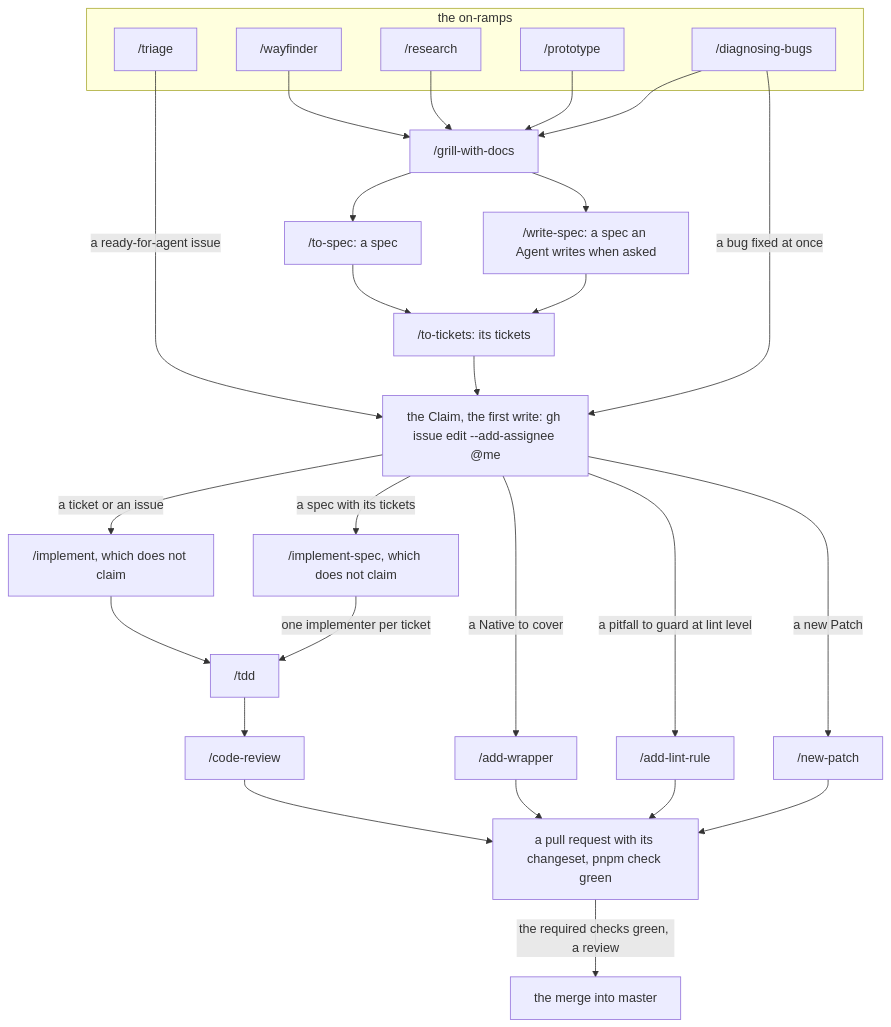
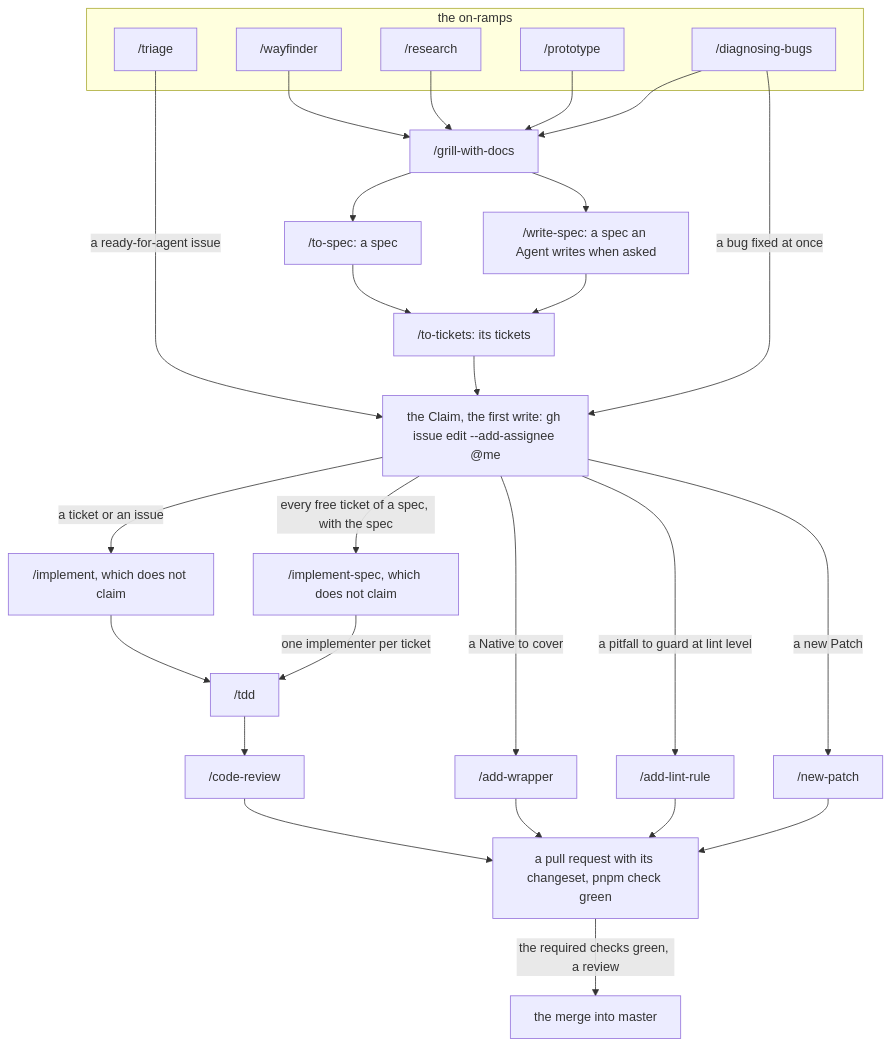
One commit to phmilk/reforged-ts changed the diagram in docs/agents/development-loop.md. Above: the diagram before and after it, drawn with Mermaid. The commit also changed other lines of this file and 8 other files, not shown here.

````diff
--- a/docs/agents/development-loop.md
+++ b/docs/agents/development-loop.md
@@ -76,51 +76,51 @@
 ```mermaid
 flowchart TD
   %% diagram: development-loop
   %% covers: skills
   subgraph on_ramps["the on-ramps"]
     triage["/triage"]
     wayfinder["/wayfinder"]
     research["/research"]
     prototype["/prototype"]
     diagnosing_bugs["/diagnosing-bugs"]
   end
   grill_with_docs["/grill-with-docs"]
   to_spec["/to-spec: a spec"]
   write_spec["/write-spec: a spec an Agent writes when asked"]
   to_tickets["/to-tickets: its tickets"]
   claim["the Claim, the first write: gh issue edit --add-assignee @me"]
   implement["/implement, which does not claim"]
   implement_spec["/implement-spec, which does not claim"]
   tdd["/tdd"]
   code_review["/code-review"]
   add_wrapper["/add-wrapper"]
   add_lint_rule["/add-lint-rule"]
   new_patch["/new-patch"]
   pull_request["a pull request with its changeset, pnpm check green"]
   merge["the merge into master"]
 
   wayfinder --> grill_with_docs
   research --> grill_with_docs
   prototype --> grill_with_docs
   diagnosing_bugs --> grill_with_docs
   triage -->|"a ready-for-agent issue"| claim
   diagnosing_bugs -->|"a bug fixed at once"| claim
   grill_with_docs --> to_spec
   grill_with_docs --> write_spec
   to_spec --> to_tickets
   write_spec --> to_tickets
   to_tickets --> claim
   claim -->|"a ticket or an issue"| implement
-  claim -->|"a spec with its tickets"| implement_spec
+  claim -->|"every free ticket of a spec, with the spec"| implement_spec
   claim -->|"a Native to cover"| add_wrapper
   claim -->|"a pitfall to guard at lint level"| add_lint_rule
   claim -->|"a new Patch"| new_patch
   implement --> tdd
   implement_spec -->|"one implementer per ticket"| tdd
   tdd --> code_review
   code_review --> pull_request
   add_wrapper --> pull_request
   add_lint_rule --> pull_request
   new_patch --> pull_request
   pull_request -->|"the required checks green, a review"| merge
 ```
````
